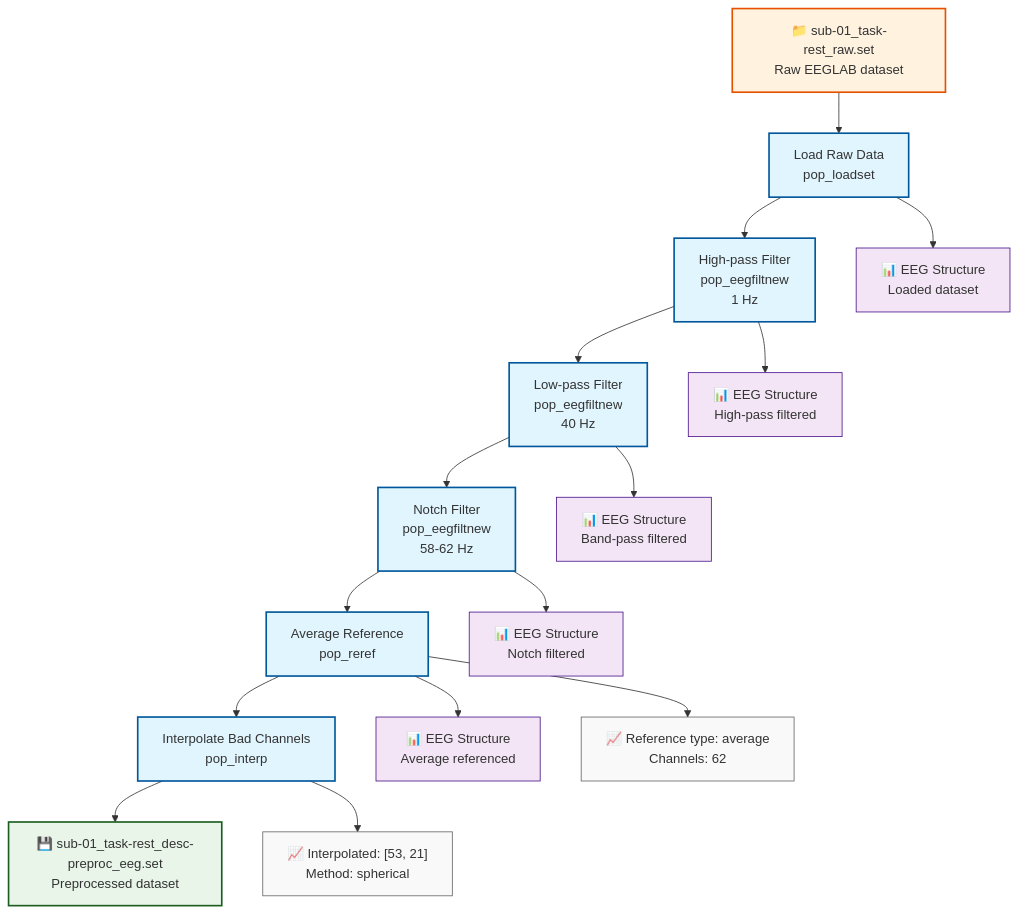
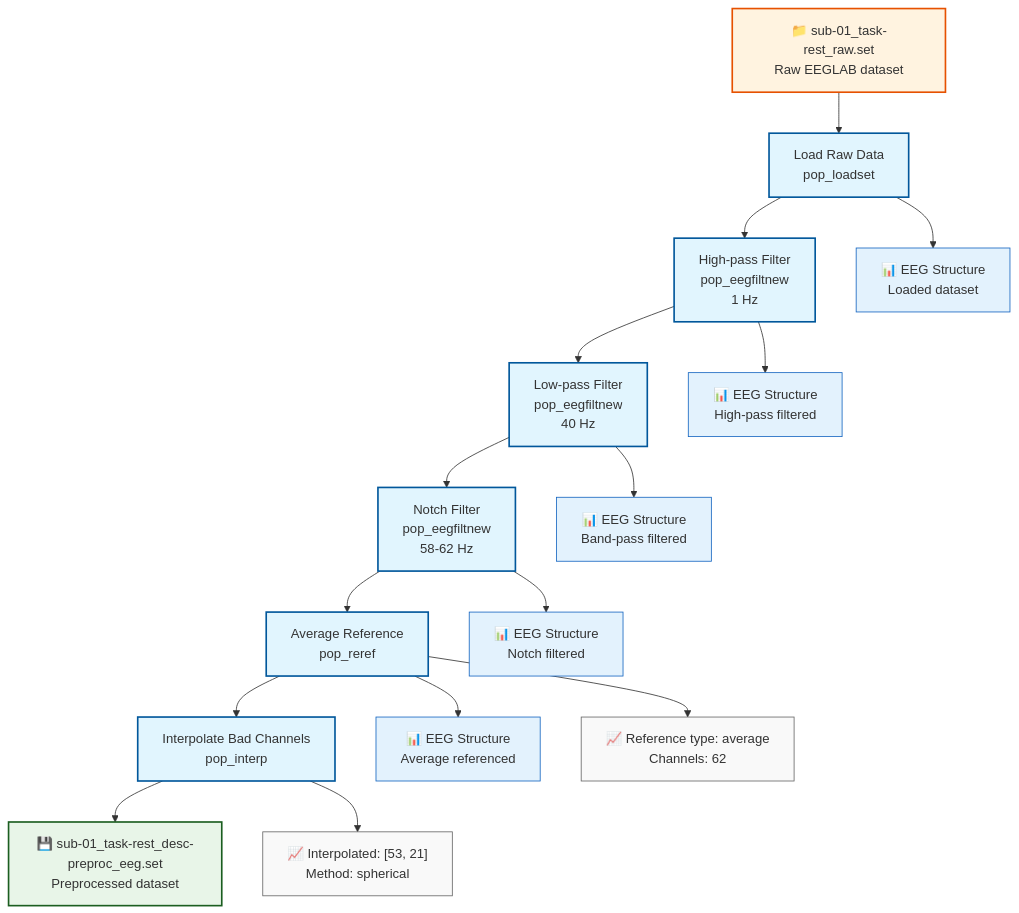
Before and after one commit to signalJourney/signalJourney: the diagram in docs/examples/basic_preprocessing_eeglab.md, drawn with Mermaid. The commit also changed 9 other files, not shown here.

First line of the commit message:
docs: fix inline vs inmemory data distinction in mermaid diagrams

````diff
--- a/docs/examples/basic_preprocessing_eeglab.md
+++ b/docs/examples/basic_preprocessing_eeglab.md
@@ -18,38 +18,38 @@
 ```mermaid
 flowchart TD
     A[Load Raw Data<br/>pop_loadset] --> B[High-pass Filter<br/>pop_eegfiltnew<br/>1 Hz]
     B --> C[Low-pass Filter<br/>pop_eegfiltnew<br/>40 Hz]
     C --> D[Notch Filter<br/>pop_eegfiltnew<br/>58-62 Hz]
     D --> E[Average Reference<br/>pop_reref]
     E --> F[Interpolate Bad Channels<br/>pop_interp]
     
     %% Input from sourcedata
     G["📁 sub-01_task-rest_raw.set<br/>Raw EEGLAB dataset"] --> A
     
     %% Intermediate in-memory objects
     A --> A1["📊 EEG Structure<br/>Loaded dataset"]
     B --> B1["📊 EEG Structure<br/>High-pass filtered"]
     C --> C1["📊 EEG Structure<br/>Band-pass filtered"]
     D --> D1["📊 EEG Structure<br/>Notch filtered"]
     E --> E1["📊 EEG Structure<br/>Average referenced"]
     
     %% Final output
     F --> H["💾 sub-01_task-rest_desc-preproc_eeg.set<br/>Preprocessed dataset"]
     
     %% Quality metrics
     E --> Q1["📈 Reference type: average<br/>Channels: 62"]
     F --> Q2["📈 Interpolated: [53, 21]<br/>Method: spherical"]
 
     %% Styling
     classDef processStep fill:#e1f5fe,stroke:#01579b,stroke-width:2px
     classDef inputFile fill:#fff3e0,stroke:#e65100,stroke-width:2px
     classDef outputFile fill:#e8f5e8,stroke:#1b5e20,stroke-width:2px
-    classDef inlineData fill:#f3e5f5,stroke:#4a148c,stroke-width:1px
+    classDef inMemoryData fill:#e3f2fd,stroke:#1565c0,stroke-width:1px
     classDef qualityMetric fill:#f9f9f9,stroke:#666,stroke-width:1px
 
     class A,B,C,D,E,F processStep
     class G inputFile
     class H outputFile
-    class A1,B1,C1,D1,E1 inlineData
+    class A1,B1,C1,D1,E1 inMemoryData
     class Q1,Q2 qualityMetric
 ```
````
